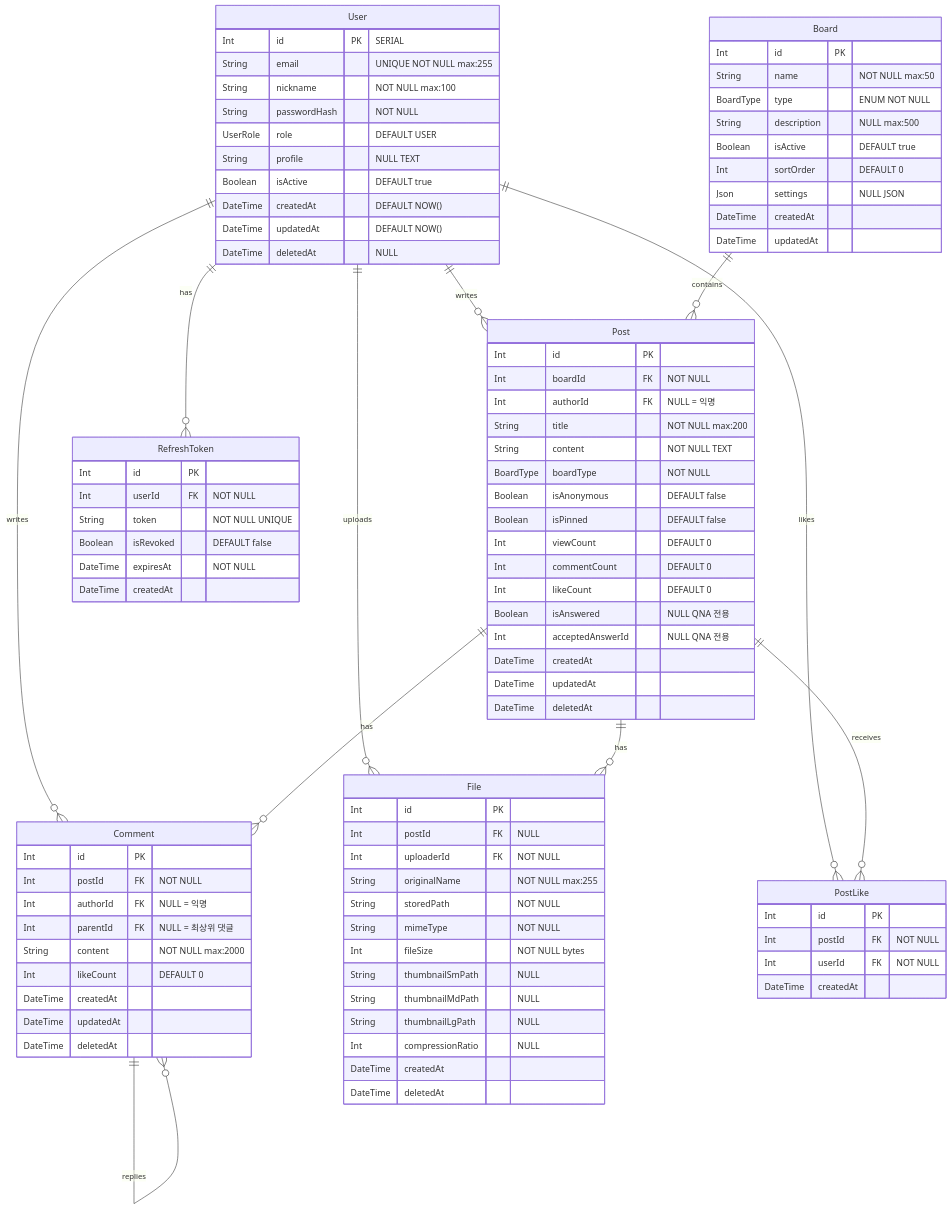
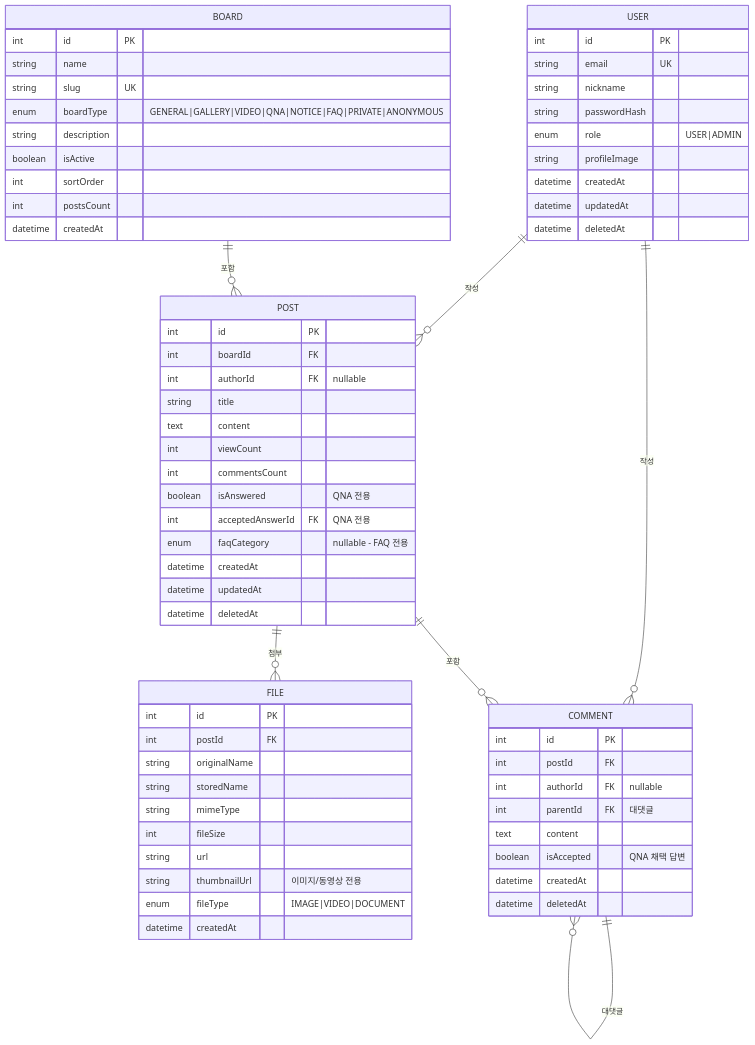
The second of 2 diagrams in 2. Google Antigravity 2.0 & IDE/11. 에이전트 친화적 분석설계서 작성법.md (sipark-wfai/Agentic-Dev-Master-Textbooks), drawn with Mermaid before and after one commit. The commit also changed other lines of this file and 60 other files, not shown here.

````diff
--- a/2. Google Antigravity 2.0 & IDE/11. 에이전트 친화적 분석설계서 작성법.md
+++ b/2. Google Antigravity 2.0 & IDE/11. 에이전트 친화적 분석설계서 작성법.md
@@ -87,101 +74,73 @@
 ```mermaid
 erDiagram
-  User {
-    Int id PK "SERIAL"
-    String email "UNIQUE NOT NULL max:255"
-    String nickname "NOT NULL max:100"
-    String passwordHash "NOT NULL"
-    UserRole role "DEFAULT USER"
-    String profile "NULL TEXT"
-    Boolean isActive "DEFAULT true"
-    DateTime createdAt "DEFAULT NOW()"
-    DateTime updatedAt "DEFAULT NOW()"
-    DateTime deletedAt "NULL"
+  USER {
+    int id PK
+    string email UK
+    string nickname
+    string passwordHash
+    enum role "USER|ADMIN"
+    string profileImage
+    datetime createdAt
+    datetime updatedAt
+    datetime deletedAt
   }
 
-  Board {
-    Int id PK
-    String name "NOT NULL max:50"
-    BoardType type "ENUM NOT NULL"
-    String description "NULL max:500"
-    Boolean isActive "DEFAULT true"
-    Int sortOrder "DEFAULT 0"
-    Json settings "NULL JSON"
-    DateTime createdAt
-    DateTime updatedAt
+  BOARD {
+    int id PK
+    string name
+    string slug UK
+    enum boardType "GENERAL|GALLERY|VIDEO|QNA|NOTICE|FAQ|PRIVATE|ANONYMOUS"
+    string description
+    boolean isActive
+    int sortOrder
+    int postsCount
+    datetime createdAt
   }
 
-  Post {
-    Int id PK
-    Int boardId FK "NOT NULL"
-    Int authorId FK "NULL = 익명"
-    String title "NOT NULL max:200"
-    String content "NOT NULL TEXT"
-    BoardType boardType "NOT NULL"
-    Boolean isAnonymous "DEFAULT false"
-    Boolean isPinned "DEFAULT false"
-    Int viewCount "DEFAULT 0"
-    Int commentCount "DEFAULT 0"
-    Int likeCount "DEFAULT 0"
-    Boolean isAnswered "NULL QNA 전용"
-    Int acceptedAnswerId "NULL QNA 전용"
-    DateTime createdAt
-    DateTime updatedAt
-    DateTime deletedAt
+  POST {
+    int id PK
+    int boardId FK
+    int authorId FK "nullable"
+    string title
+    text content
+    int viewCount
+    int commentsCount
+    boolean isAnswered "QNA 전용"
+    int acceptedAnswerId FK "QNA 전용"
+    enum faqCategory "nullable - FAQ 전용"
+    datetime createdAt
+    datetime updatedAt
+    datetime deletedAt
   }
 
-  Comment {
-    Int id PK
-    Int postId FK "NOT NULL"
-    Int authorId FK "NULL = 익명"
-    Int parentId FK "NULL = 최상위 댓글"
-    String content "NOT NULL max:2000"
-    Int likeCount "DEFAULT 0"
-    DateTime createdAt
-    DateTime updatedAt
-    DateTime deletedAt
+  FILE {
+    int id PK
+    int postId FK
+    string originalName
+    string storedName
+    string mimeType
+    int fileSize
+    string url
+    string thumbnailUrl "이미지/동영상 전용"
+    enum fileType "IMAGE|VIDEO|DOCUMENT"
+    datetime createdAt
   }
 
-  File {
-    Int id PK
-    Int postId FK "NULL"
-    Int uploaderId FK "NOT NULL"
-    String originalName "NOT NULL max:255"
-    String storedPath "NOT NULL"
-    String mimeType "NOT NULL"
-    Int fileSize "NOT NULL bytes"
-    String thumbnailSmPath "NULL"
-    String thumbnailMdPath "NULL"
-    String thumbnailLgPath "NULL"
-    Int compressionRatio "NULL"
-    DateTime createdAt
-    DateTime deletedAt
+  COMMENT {
+    int id PK
+    int postId FK
+    int authorId FK "nullable"
+    int parentId FK "대댓글"
+    text content
+    boolean isAccepted "QNA 채택 답변"
+    datetime createdAt
+    datetime deletedAt
   }
 
-  PostLike {
-    Int id PK
-    Int postId FK "NOT NULL"
-    Int userId FK "NOT NULL"
-    DateTime createdAt
-  }
-
-  RefreshToken {
-    Int id PK
-    Int userId FK "NOT NULL"
-    String token "NOT NULL UNIQUE"
-    Boolean isRevoked "DEFAULT false"
-    DateTime expiresAt "NOT NULL"
-    DateTime createdAt
-  }
-
-  User ||--o{ Post : "writes"
-  User ||--o{ Comment : "writes"
-  User ||--o{ File : "uploads"
-  User ||--o{ PostLike : "likes"
-  User ||--o{ RefreshToken : "has"
-  Board ||--o{ Post : "contains"
-  Post ||--o{ Comment : "has"
-  Post ||--o{ File : "has"
-  Post ||--o{ PostLike : "receives"
-  Comment ||--o{ Comment : "replies"
+  USER ||--o{ POST : "작성"
+  USER ||--o{ COMMENT : "작성"
+  BOARD ||--o{ POST : "포함"
+  POST ||--o{ FILE : "첨부"
+  POST ||--o{ COMMENT : "포함"
+  COMMENT ||--o{ COMMENT : "대댓글"
 ```
````
